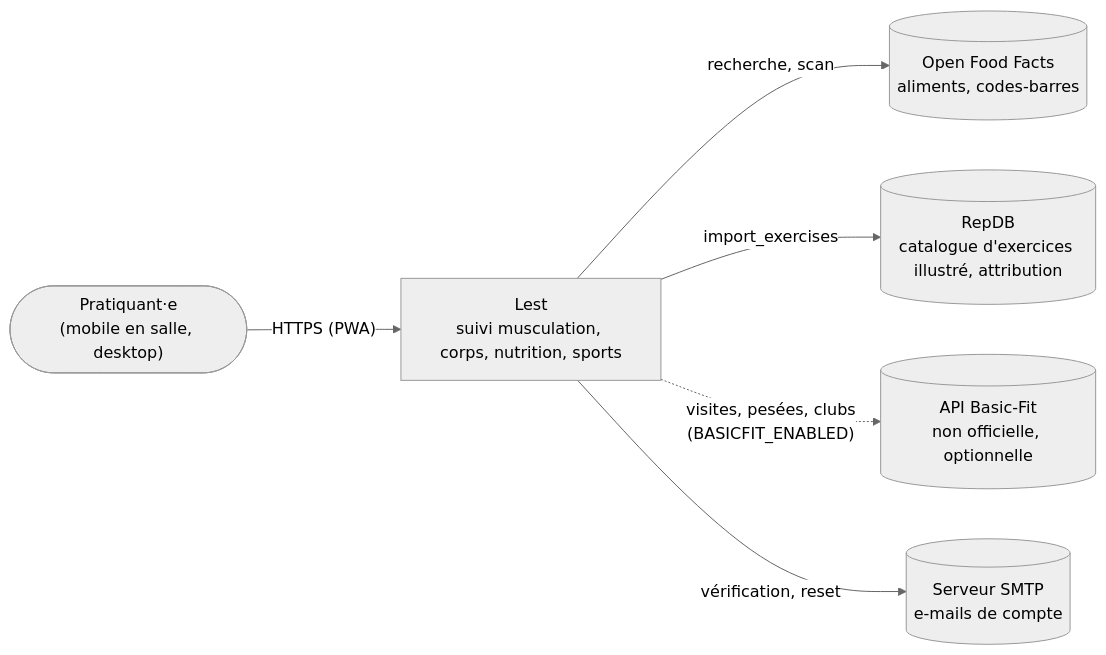
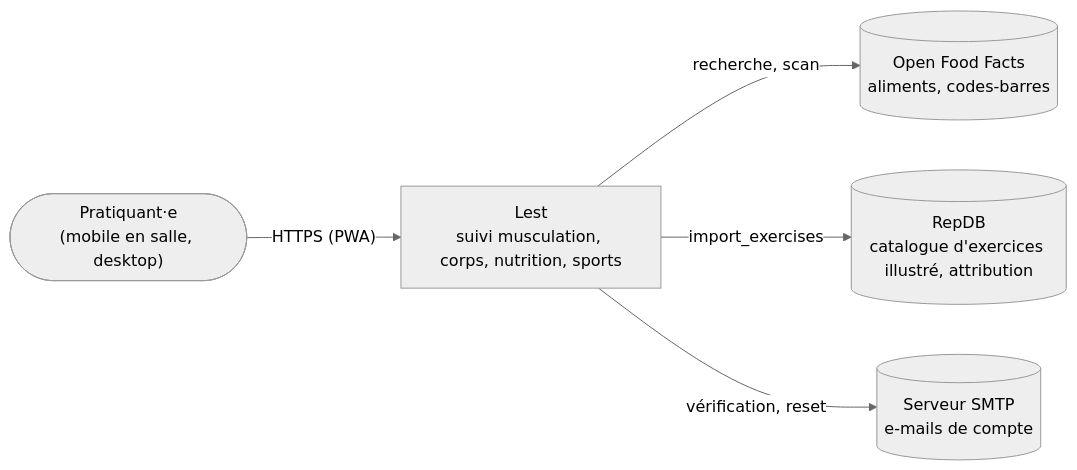
The first of 2 diagrams in docs/architecture.md (AntoineCvlz/lest), drawn with Mermaid (neutral theme) before and after one commit. The commit also changed other lines of this file and 52 other files, not shown here.

First line of the commit message:
refactor: remove the Basic-Fit integration (#155)

````diff
--- a/docs/architecture.md
+++ b/docs/architecture.md
@@ -8,15 +8,13 @@
 ```mermaid
 flowchart LR
     user(["Pratiquant·e<br/>(mobile en salle, desktop)"])
     lest["Lest<br/>suivi musculation, corps, nutrition, sports"]
     off[("Open Food Facts<br/>aliments, codes-barres")]
     repdb[("RepDB<br/>catalogue d'exercices illustré, attribution")]
-    bf[("API Basic-Fit<br/>non officielle, optionnelle")]
     mail[("Serveur SMTP<br/>e-mails de compte")]
 
     user -- "HTTPS (PWA)" --> lest
     lest -- "recherche, scan" --> off
     lest -- "import_exercises" --> repdb
-    lest -. "visites, pesées, clubs<br/>(BASICFIT_ENABLED)" .-> bf
     lest -- "vérification, reset" --> mail
 ```
````
